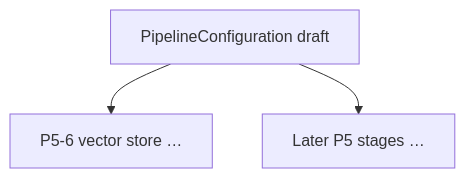
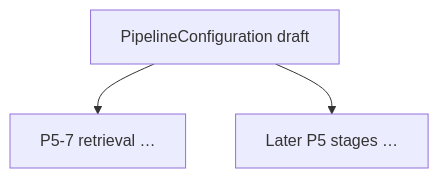
Before and after one commit to anulsasidharan/Unified-RAG-Studio: the seventh of 7 diagrams in docs/internal/PROJECT_SYSTEM_DESIGN_EVOLUTION_Phase5.md, drawn with Mermaid. The commit also changed other lines of this file and 10 other files, not shown here.

Commit message:
Vector store configuration added

````diff
--- a/docs/internal/PROJECT_SYSTEM_DESIGN_EVOLUTION_Phase5.md
+++ b/docs/internal/PROJECT_SYSTEM_DESIGN_EVOLUTION_Phase5.md
@@ -106,6 +129,6 @@
 ```mermaid
 flowchart TB
   Draft[PipelineConfiguration draft]
-  Draft --> VS[P5-6 vector store …]
+  Draft --> RT[P5-7 retrieval …]
   Draft --> Later[Later P5 stages …]
 ```
````
